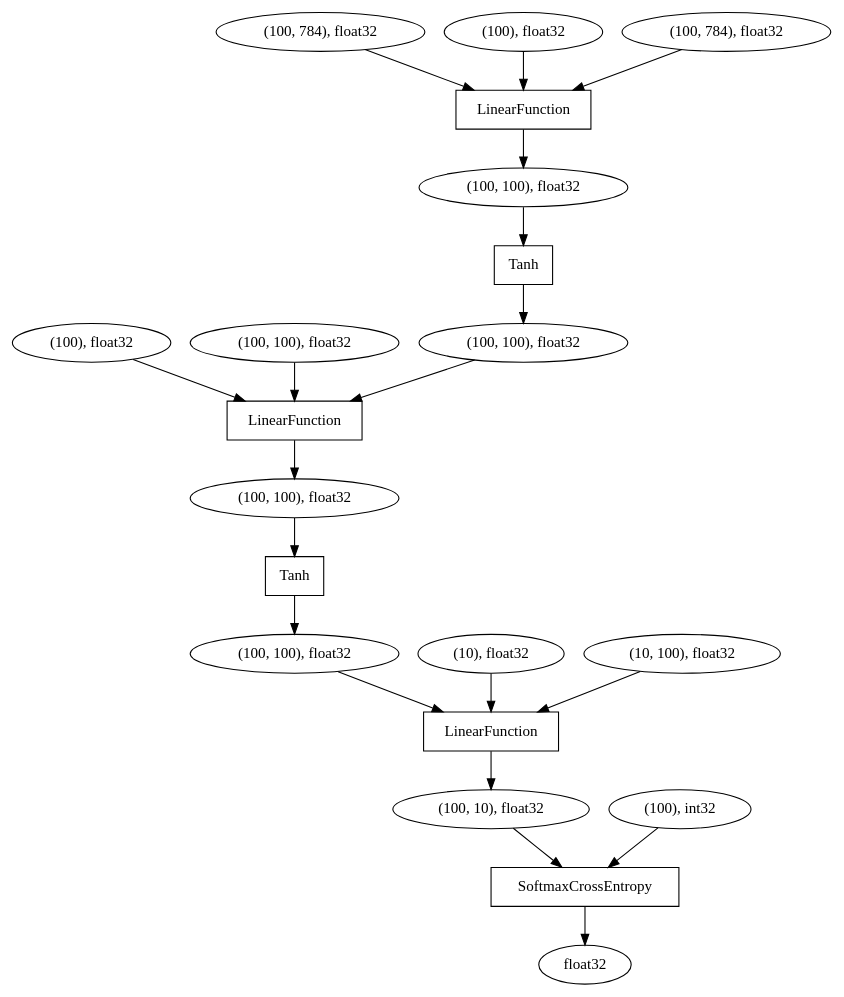
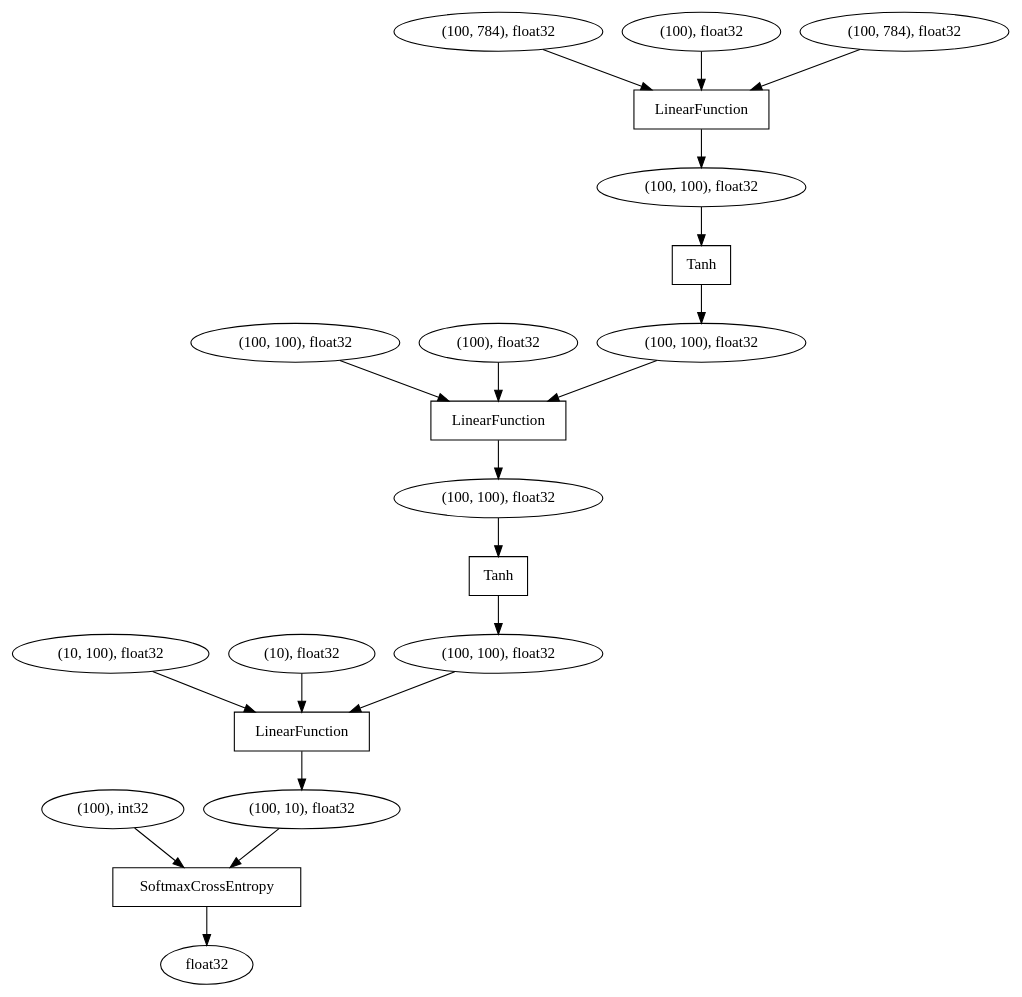
The diagram in graph.dot (DoliDoli/chainer_course), drawn with Graphviz before and after one commit. The commit also changed 5 other files, not shown here.

```diff
--- a/graph.dot
+++ b/graph.dot
@@ -1,1 +1,1 @@
-digraph graphname{rankdir=TB;119363960 [label="(100), float32",shape="oval"];119594008 [label="(100, 100), float32",shape="oval"];119364128 [label="(10), float32",shape="oval"];119558664 [label="LinearFunction",shape="box"];119338096 [label="(100, 784), float32",shape="oval"];119585928 [label="(100, 100), float32",shape="oval"];119221384 [label="(100), float32",shape="oval"];119594176 [label="(100, 100), float32",shape="oval"];119580880 [label="(100), int32",shape="oval"];119592664 [label="(100, 10), float32",shape="oval"];119593672 [label="LinearFunction",shape="box"];119586264 [label="Tanh",shape="box"];119363792 [label="(100, 784), float32",shape="oval"];119594288 [label="SoftmaxCrossEntropy",shape="box"];119363904 [label="(100, 100), float32",shape="oval"];119592272 [label="float32",shape="oval"];119594848 [label="(100, 100), float32",shape="oval"];119593336 [label="Tanh",shape="box"];119594960 [label="LinearFunction",shape="box"];119364072 [label="(10, 100), float32",shape="oval"];119364128 -> 119594960;119363904 -> 119593672;119593672 -> 119594008;119363960 -> 119593672;119338096 -> 119558664;119594008 -> 119593336;119594848 -> 119593672;119221384 -> 119558664;119364072 -> 119594960;119593336 -> 119594176;119586264 -> 119594848;119585928 -> 119586264;119594960 -> 119592664;119592664 -> 119594288;119594176 -> 119594960;119558664 -> 119585928;119580880 -> 119594288;119363792 -> 119558664;119594288 -> 119592272;}
+digraph graphname{rankdir=TB;4475343872 [label="(100, 100), float32",shape="oval"];4475342352 [label="LinearFunction",shape="box"];4475344936 [label="LinearFunction",shape="box"];4475344432 [label="SoftmaxCrossEntropy",shape="box"];4474304048 [label="(100, 100), float32",shape="oval"];4475287480 [label="LinearFunction",shape="box"];4474304104 [label="(100), float32",shape="oval"];4475340392 [label="(100, 100), float32",shape="oval"];4474303936 [label="(100, 784), float32",shape="oval"];4474304216 [label="(10, 100), float32",shape="oval"];4475344096 [label="float32",shape="oval"];4477891304 [label="Tanh",shape="box"];4474304272 [label="(10), float32",shape="oval"];4475346336 [label="(100, 100), float32",shape="oval"];4474214160 [label="(100), float32",shape="oval"];4475345328 [label="Tanh",shape="box"];4475345832 [label="(100, 10), float32",shape="oval"];4475333040 [label="(100), int32",shape="oval"];4475332032 [label="(100, 784), float32",shape="oval"];4475344376 [label="(100, 100), float32",shape="oval"];4475345328 -> 4475343872;4475340392 -> 4477891304;4474304216 -> 4475344936;4475346336 -> 4475342352;4475342352 -> 4475344376;4475333040 -> 4475344432;4474304048 -> 4475342352;4475345832 -> 4475344432;4474304104 -> 4475342352;4475287480 -> 4475340392;4474304272 -> 4475344936;4475344376 -> 4475345328;4477891304 -> 4475346336;4475332032 -> 4475287480;4474303936 -> 4475287480;4474214160 -> 4475287480;4475343872 -> 4475344936;4475344432 -> 4475344096;4475344936 -> 4475345832;}
```
